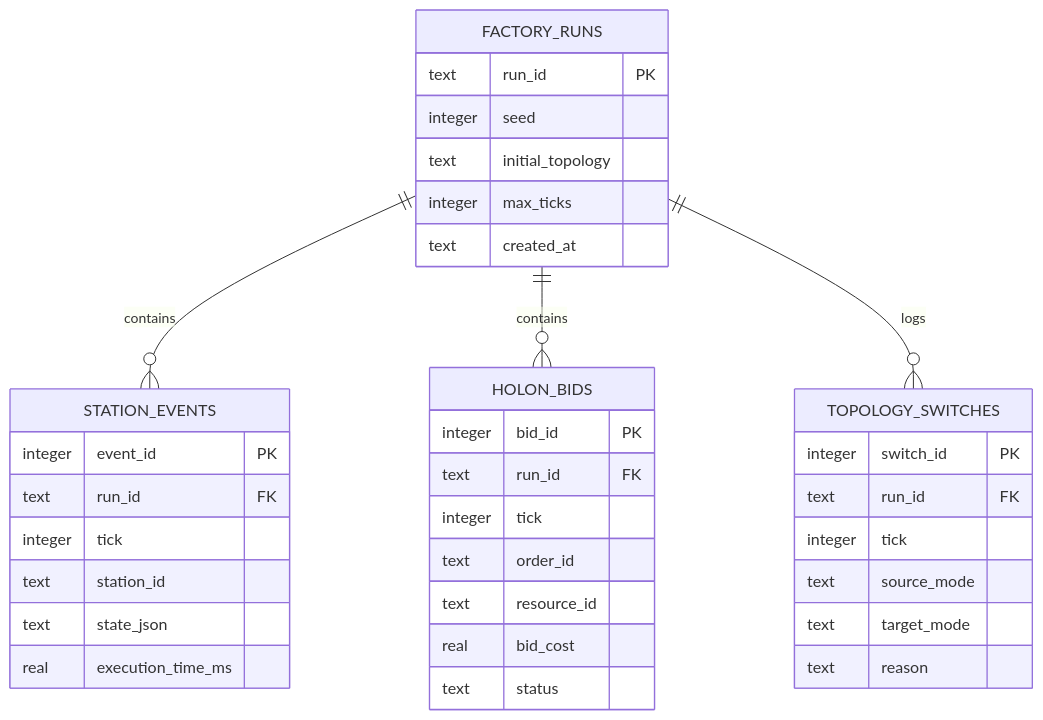
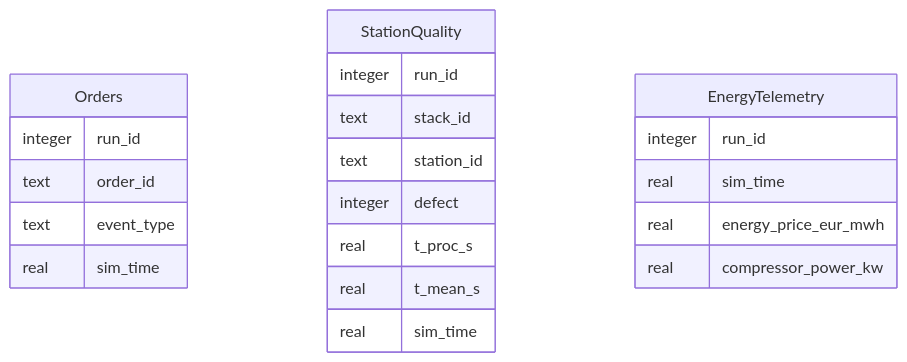
One commit to utczbr/Matrix_Factory changed the first of 2 diagrams in docs/api-and-protocols/database-schema.md. Above: the diagram before and after it, drawn with Mermaid. The commit also changed other lines of this file and 22 other files, not shown here.

````diff
--- a/docs/api-and-protocols/database-schema.md
+++ b/docs/api-and-protocols/database-schema.md
@@ -24,42 +23,26 @@
 ```mermaid
 erDiagram
-    FACTORY_RUNS ||--o{ STATION_EVENTS : contains
-    FACTORY_RUNS ||--o{ HOLON_BIDS : contains
-    FACTORY_RUNS ||--o{ TOPOLOGY_SWITCHES : logs
-
-    FACTORY_RUNS {
-        text run_id PK
-        integer seed
-        text initial_topology
-        integer max_ticks
-        text created_at
+    Orders {
+        integer run_id
+        text order_id
+        text event_type
+        real sim_time
     }
 
-    STATION_EVENTS {
-        integer event_id PK
-        text run_id FK
-        integer tick
+    StationQuality {
+        integer run_id
+        text stack_id
         text station_id
-        text state_json
-        real execution_time_ms
+        integer defect
+        real t_proc_s
+        real t_mean_s
+        real sim_time
     }
 
-    HOLON_BIDS {
-        integer bid_id PK
-        text run_id FK
-        integer tick
-        text order_id
-        text resource_id
-        real bid_cost
-        text status
-    }
-
-    TOPOLOGY_SWITCHES {
-        integer switch_id PK
-        text run_id FK
-        integer tick
-        text source_mode
-        text target_mode
-        text reason
+    EnergyTelemetry {
+        integer run_id
+        real sim_time
+        real energy_price_eur_mwh
+        real compressor_power_kw
     }
 ```
````
